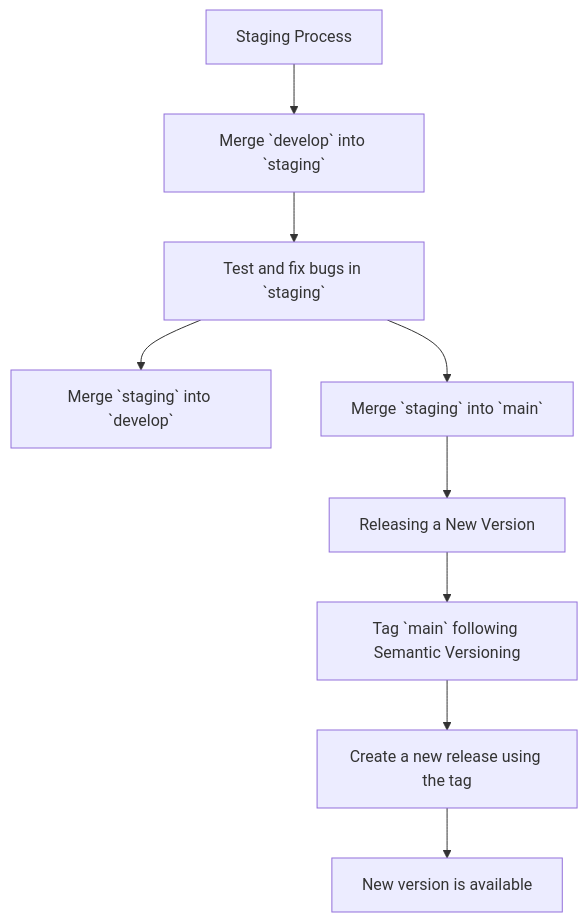
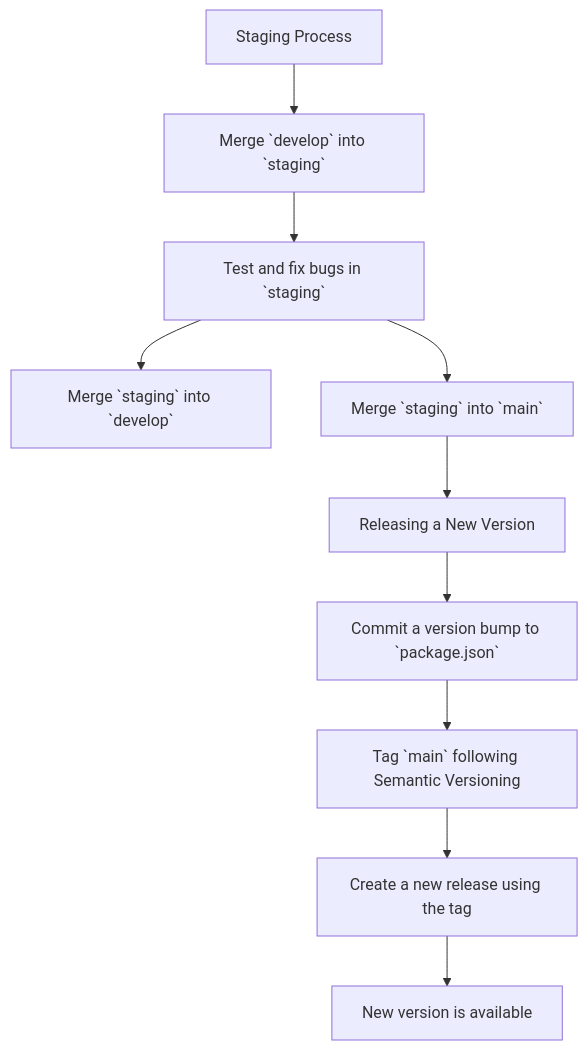
Before and after one commit to BootNodeDev/dAppBooster: the third of 3 diagrams in CONTRIBUTING.md, drawn with Mermaid. The commit also changed other lines of this file, not shown here.

Commit message:
docs: add version bump step

````diff
--- a/CONTRIBUTING.md
+++ b/CONTRIBUTING.md
@@ -58,24 +60,26 @@
 ```mermaid
 graph TD
     C[Staging Process]
     C1[Merge `develop` into `staging`]
     C2[Test and fix bugs in `staging`]
     C3[Merge `staging` into `develop`]
     C4[Merge `staging` into `main`]
 
     D[Releasing a New Version]
+    D0[Commit a version bump to `package.json`]
     D1[Tag `main` following Semantic Versioning]
     D2[Create a new release using the tag]
     D3[New version is available]
 
     C --> C1
     C1 --> C2
     C2 --> C3
     C2 --> C4
 
-    D --> D1
+    D --> D0
+    D0 --> D1
     D1 --> D2
     D2 --> D3
 
     C4 --> D
 ```
````
